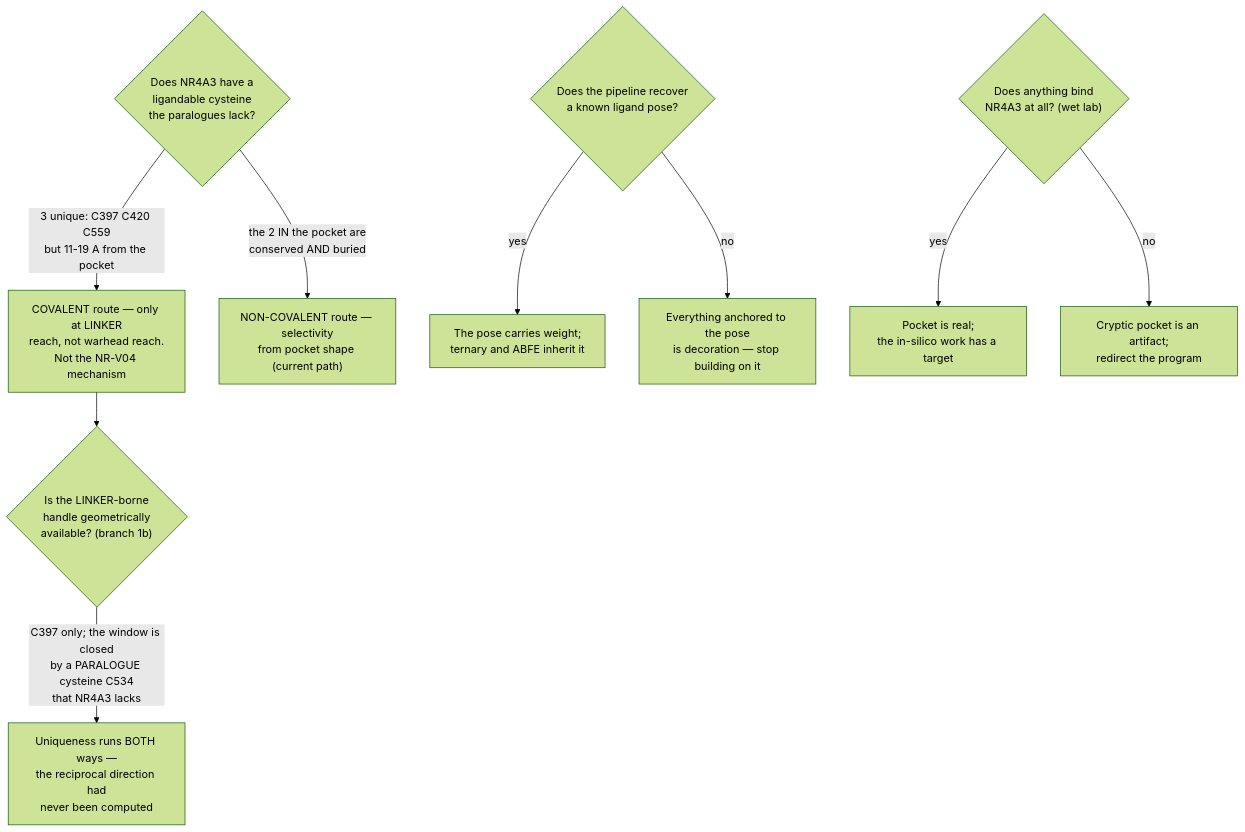
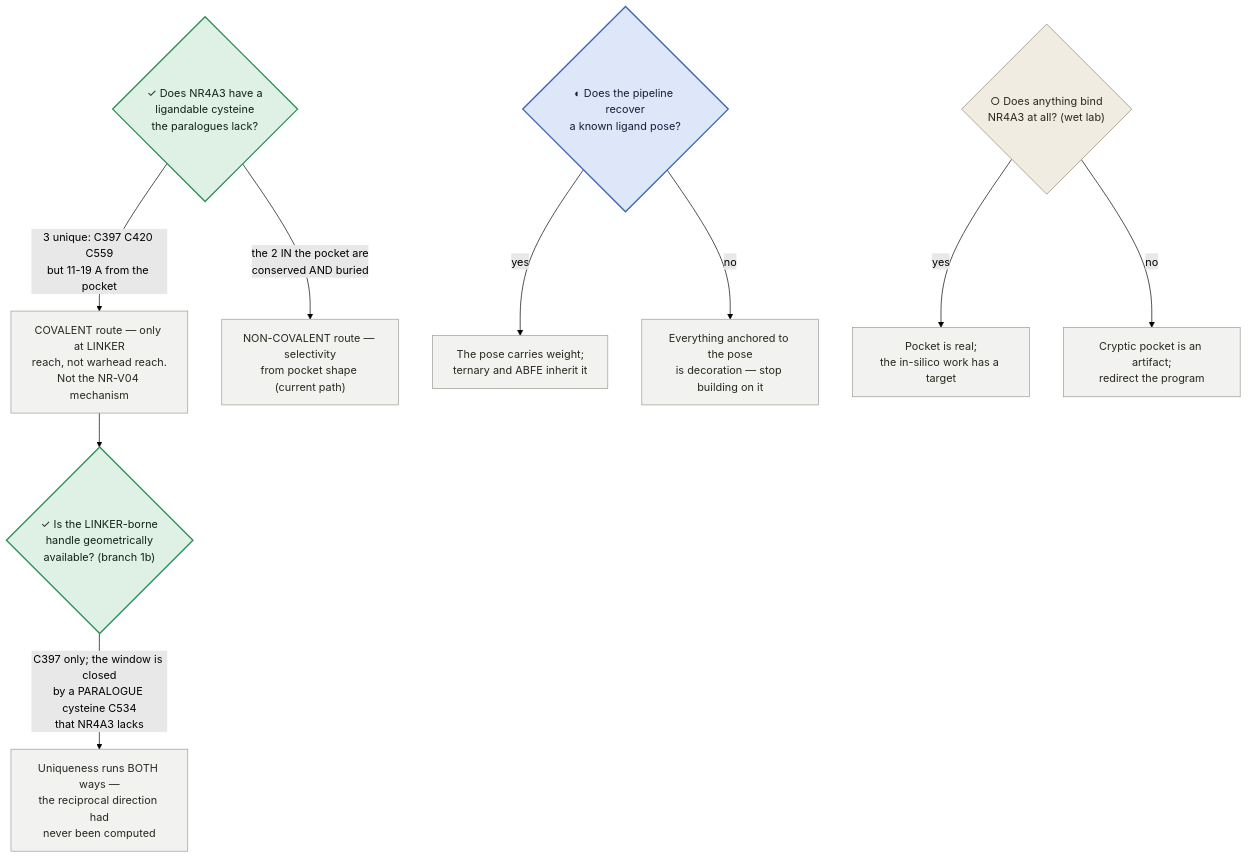
Before and after one commit to trimcrae/Rare-cancers: the second of 3 diagrams in research/manuscripts/nr4a3-program-map.md, drawn with Mermaid (forest theme). The commit also changed other lines of this file, not shown here.

First line of the commit message:
program map: four work-state colouring, dead-ends table, approach/claim split

````diff
--- a/research/manuscripts/nr4a3-program-map.md
+++ b/research/manuscripts/nr4a3-program-map.md
@@ -96,14 +167,24 @@
 ```mermaid
 graph TD
-  Q1{"Does NR4A3 have a<br/>ligandable cysteine<br/>the paralogues lack?"}
+  Q1{"✓ Does NR4A3 have a<br/>ligandable cysteine<br/>the paralogues lack?"}
   Q1 -->|"3 unique: C397 C420 C559<br/>but 11-19 A from the pocket"| COV["COVALENT route — only at LINKER<br/>reach, not warhead reach.<br/>Not the NR-V04 mechanism"]
-  COV --> Q1B{"Is the LINKER-borne<br/>handle geometrically<br/>available? (branch 1b)"}
+  COV --> Q1B{"✓ Is the LINKER-borne<br/>handle geometrically<br/>available? (branch 1b)"}
   Q1B -->|"C397 only; the window is closed<br/>by a PARALOGUE cysteine C534<br/>that NR4A3 lacks"| COVX["Uniqueness runs BOTH ways —<br/>the reciprocal direction had<br/>never been computed"]
   Q1 -->|"the 2 IN the pocket are<br/>conserved AND buried"| NONCOV["NON-COVALENT route — selectivity<br/>from pocket shape (current path)"]
-  Q2{"Does the pipeline recover<br/>a known ligand pose?"}
+  Q2{"◐ Does the pipeline recover<br/>a known ligand pose?"}
   Q2 -->|yes| ANCHOR["The pose carries weight;<br/>ternary and ABFE inherit it"]
   Q2 -->|no| STOP["Everything anchored to the pose<br/>is decoration — stop building on it"]
-  Q3{"Does anything bind<br/>NR4A3 at all? (wet lab)"}
+  Q3{"○ Does anything bind<br/>NR4A3 at all? (wet lab)"}
   Q3 -->|yes| GO["Pocket is real;<br/>the in-silico work has a target"]
   Q3 -->|no| REDIR["Cryptic pocket is an artifact;<br/>redirect the program"]
+
+  classDef done fill:#dff0e4,stroke:#2f8f5b,stroke-width:2px,color:#10231a;
+  classDef work fill:#dee7fa,stroke:#3a63b8,stroke-width:2px,color:#111f38;
+  classDef next fill:#f0ece1,stroke:#8d8674,stroke-width:1px,color:#2a271f;
+  classDef out fill:#f2f2f0,stroke:#9b9b96,stroke-width:1px,color:#2a271f;
+
+  class Q1,Q1B done;
+  class Q2 work;
+  class Q3 next;
+  class COV,COVX,NONCOV,ANCHOR,STOP,GO,REDIR out;
 ```
````
